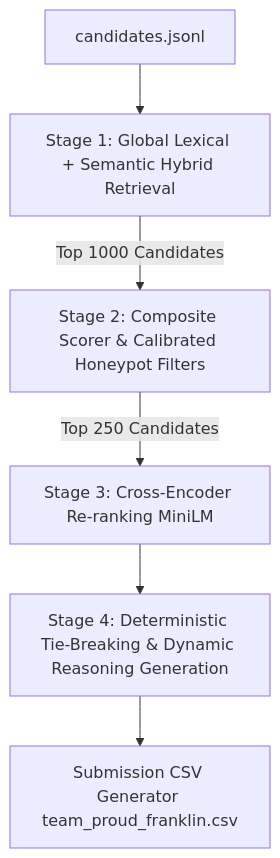
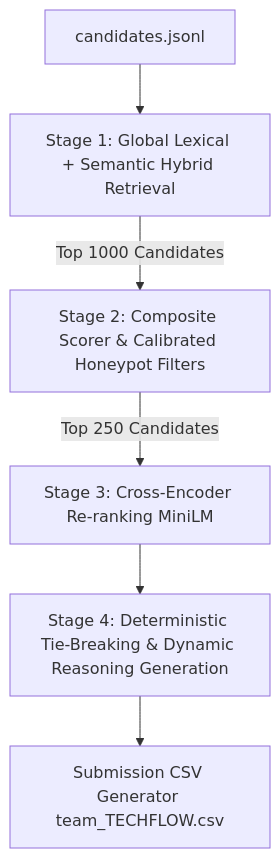
The diagram in README.md (Anshsurana123/job-recruitment), drawn with Mermaid before and after one commit. The commit also changed other lines of this file and 12 other files, not shown here.

````diff
--- a/README.md
+++ b/README.md
@@ -19,8 +19,8 @@
 ```mermaid
 graph TD
     A[candidates.jsonl] --> B[Stage 1: Global Lexical + Semantic Hybrid Retrieval]
     B -->|Top 1000 Candidates| C[Stage 2: Composite Scorer & Calibrated Honeypot Filters]
     C -->|Top 250 Candidates| D[Stage 3: Cross-Encoder Re-ranking MiniLM]
     D --> E[Stage 4: Deterministic Tie-Breaking & Dynamic Reasoning Generation]
-    E --> F[Submission CSV Generator team_proud_franklin.csv]
+    E --> F[Submission CSV Generator team_TECHFLOW.csv]
 ```
````
